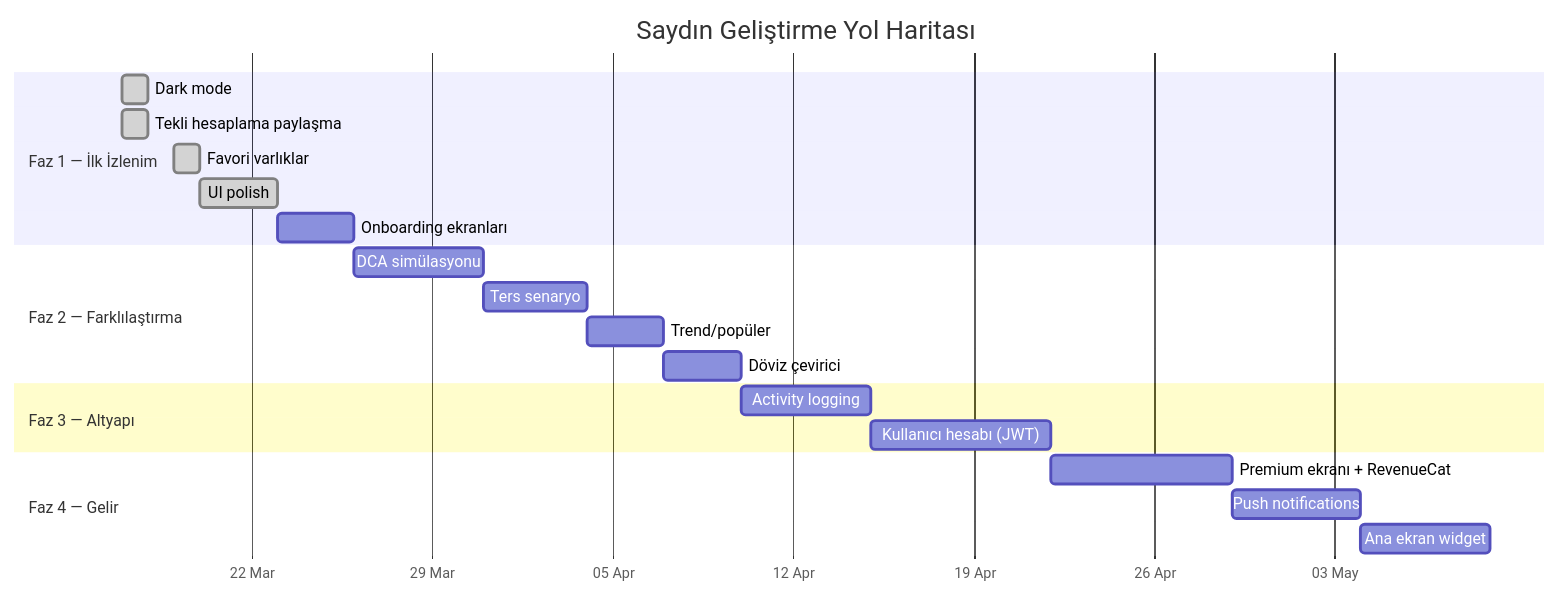
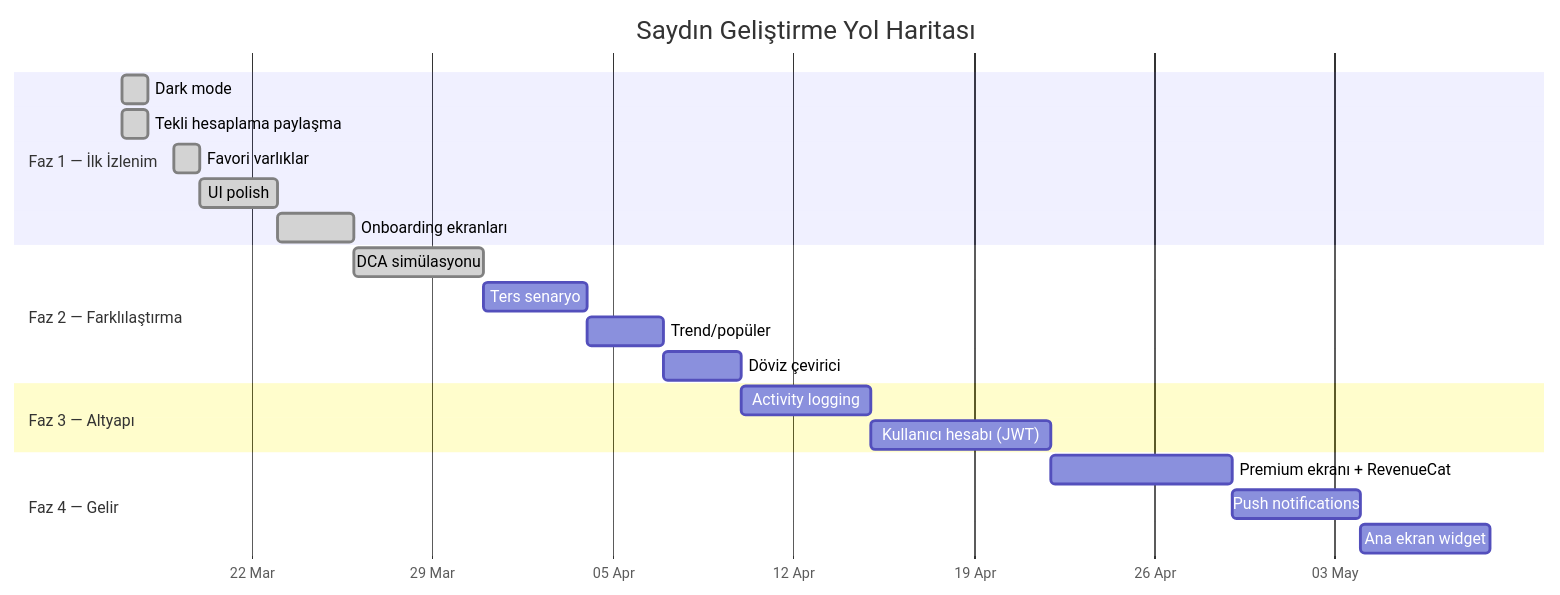
The first of 2 diagrams in docs/roadmap.md (cemililik/Saydin), drawn with Mermaid before and after one commit. The commit also changed other lines of this file and 4 other files, not shown here.

````diff
--- a/docs/roadmap.md
+++ b/docs/roadmap.md
@@ -49,28 +50,28 @@
 ```mermaid
 gantt
     title Saydın Geliştirme Yol Haritası
     dateFormat YYYY-MM-DD
     axisFormat %d %b
 
     section Faz 1 — İlk İzlenim
     Dark mode                     :done, f1dm, 2026-03-17, 1d
     Tekli hesaplama paylaşma      :done, f1sh, 2026-03-17, 1d
     Favori varlıklar              :done, f1a, 2026-03-19, 1d
     UI polish                     :done, f1b, after f1a, 3d
-    Onboarding ekranları          :f1c, after f1b, 3d
+    Onboarding ekranları          :done, f1c, after f1b, 3d
 
     section Faz 2 — Farklılaştırma
-    DCA simülasyonu               :f2a, after f1c, 5d
+    DCA simülasyonu               :done, f2a, after f1c, 5d
     Ters senaryo                  :f2b, after f2a, 4d
     Trend/popüler                 :f2c, after f2b, 3d
     Döviz çevirici                :f2d, after f2c, 3d
 
     section Faz 3 — Altyapı
     Activity logging              :f3a, after f2d, 5d
     Kullanıcı hesabı (JWT)        :f3b, after f3a, 7d
 
     section Faz 4 — Gelir
     Premium ekranı + RevenueCat   :f4a, after f3b, 7d
     Push notifications            :f4b, after f4a, 5d
     Ana ekran widget              :f4c, after f4b, 5d
 ```
````
